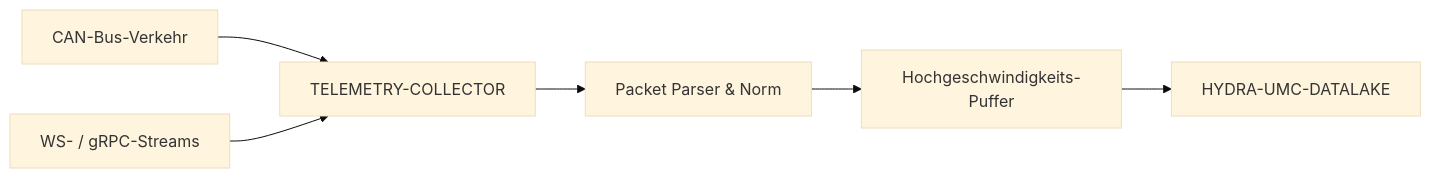
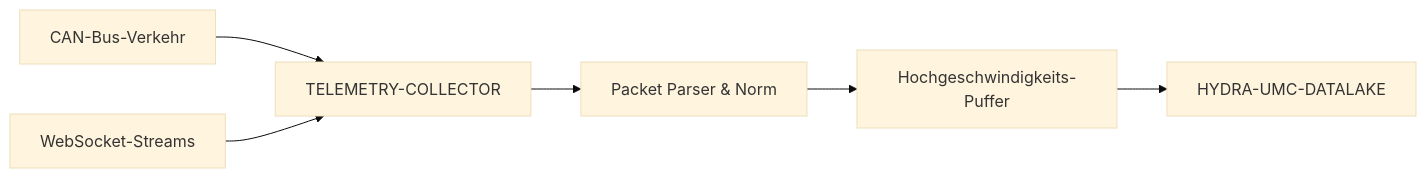
Before and after one commit to JuanenRac/HYDRA-UMC-TELEMETRY-COLLECTOR: the diagram in README_deu.md, drawn with Mermaid (base theme). The commit also changed other lines of this file and 6 other files, not shown here.

Commit message:
Fix public documentation: drop non-existent Rust and gRPC-ingestion claims (badges, overview, key features, mermaid) across 7 languages; keep gRPC only where accurate (planned marker + Related Projects)

````diff
--- a/README_deu.md
+++ b/README_deu.md
@@ -38,8 +38,8 @@
 ```mermaid
 flowchart LR
     CAN["CAN-Bus-Verkehr"] --> COLL["TELEMETRY-COLLECTOR"]
-    WS["WS- / gRPC-Streams"] --> COLL
+    WS["WebSocket-Streams"] --> COLL
     COLL --> PARSE["Packet Parser & Norm"]
     PARSE --> BUF["Hochgeschwindigkeits-Puffer"]
     BUF --> LAKE["HYDRA-UMC-DATALAKE"]
 ```
````
